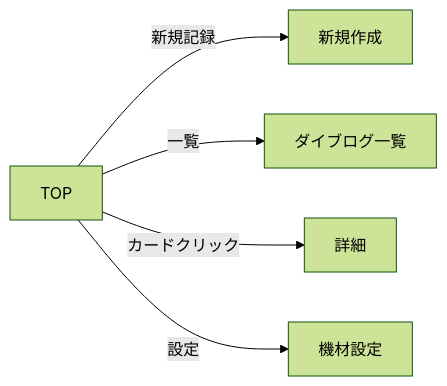
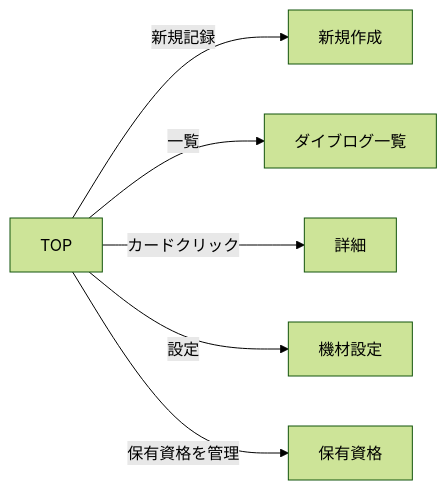
One commit to engsekine/claude-settings changed the diagram in specs/003-dashboard/screens/top.md. Above: the diagram before and after it, drawn with Mermaid (forest theme). The commit also changed other lines of this file and 46 other files, not shown here.

````diff
--- a/specs/003-dashboard/screens/top.md
+++ b/specs/003-dashboard/screens/top.md
@@ -188,7 +189,8 @@
 ```mermaid
 graph LR
   A[TOP] -->|新規記録| B[新規作成]
   A -->|一覧| C[ダイブログ一覧]
   A -->|カードクリック| D[詳細]
   A -->|設定| E[機材設定]
+  A -->|保有資格を管理| F[保有資格]
 ```
````
